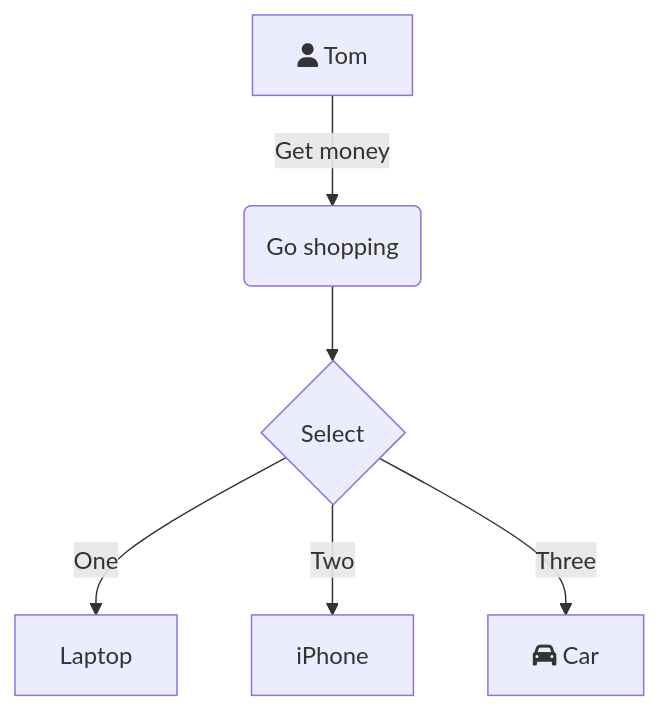
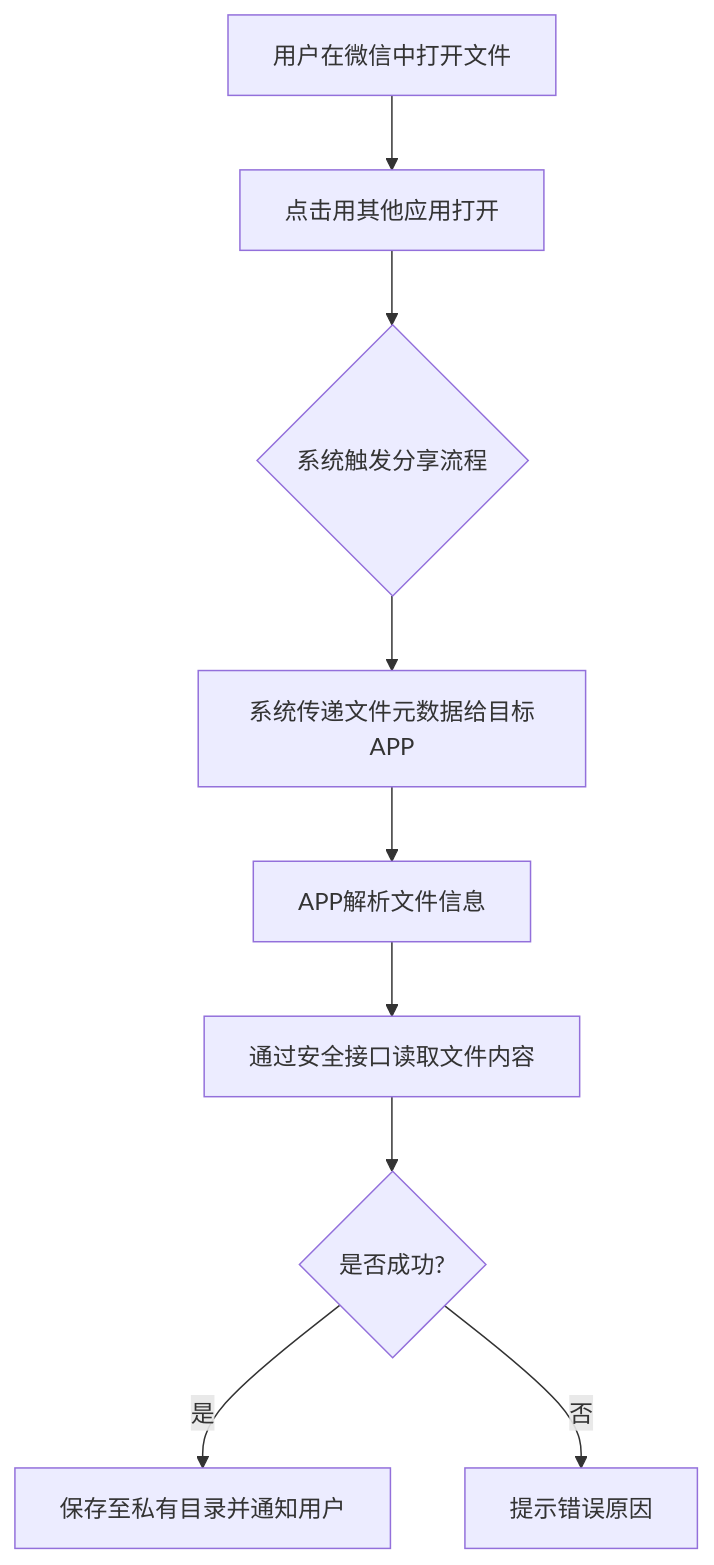
Before and after one commit to taidypanda/iodraw-files: the diagram in all/未命名-1.md, drawn with Mermaid.

Commit message:
2025-03-07 19:11:47 update

````diff
--- a/all/未命名-1.md
+++ b/all/未命名-1.md
@@ -1,8 +1,11 @@
 ```mermaid
 graph TD
-    A[fa:fa-user Tom] -->|Get money| B(Go shopping)
-    B --> C{Select}
-    C -->|One| D[Laptop]
-    C -->|Two| E[iPhone]
-    C -->|Three| F[fa:fa-car Car]
+    A[用户在微信中打开文件] --> B[点击用其他应用打开]
+    B --> C{系统触发分享流程}
+    C --> D[系统传递文件元数据给目标APP]
+    D --> E[APP解析文件信息]
+    E --> F[通过安全接口读取文件内容]
+    F --> G{是否成功?}
+    G -- 是 --> H[保存至私有目录并通知用户]
+    G -- 否 --> I[提示错误原因]
 ```
````
